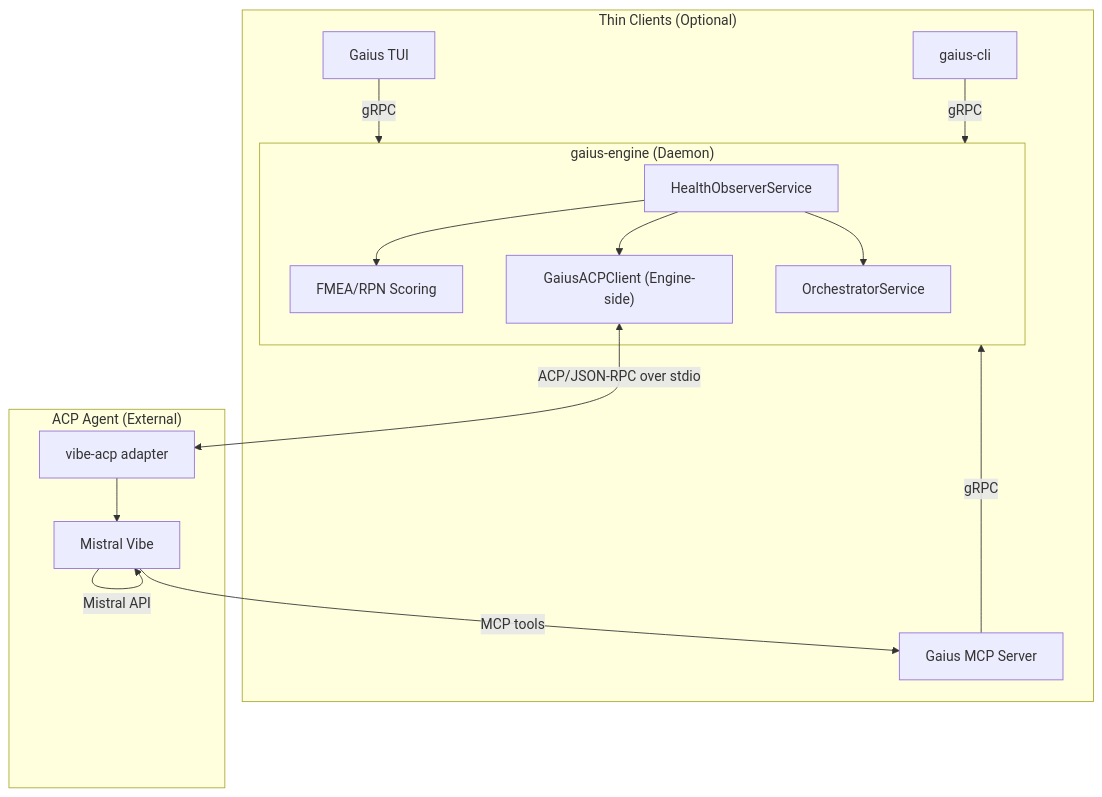
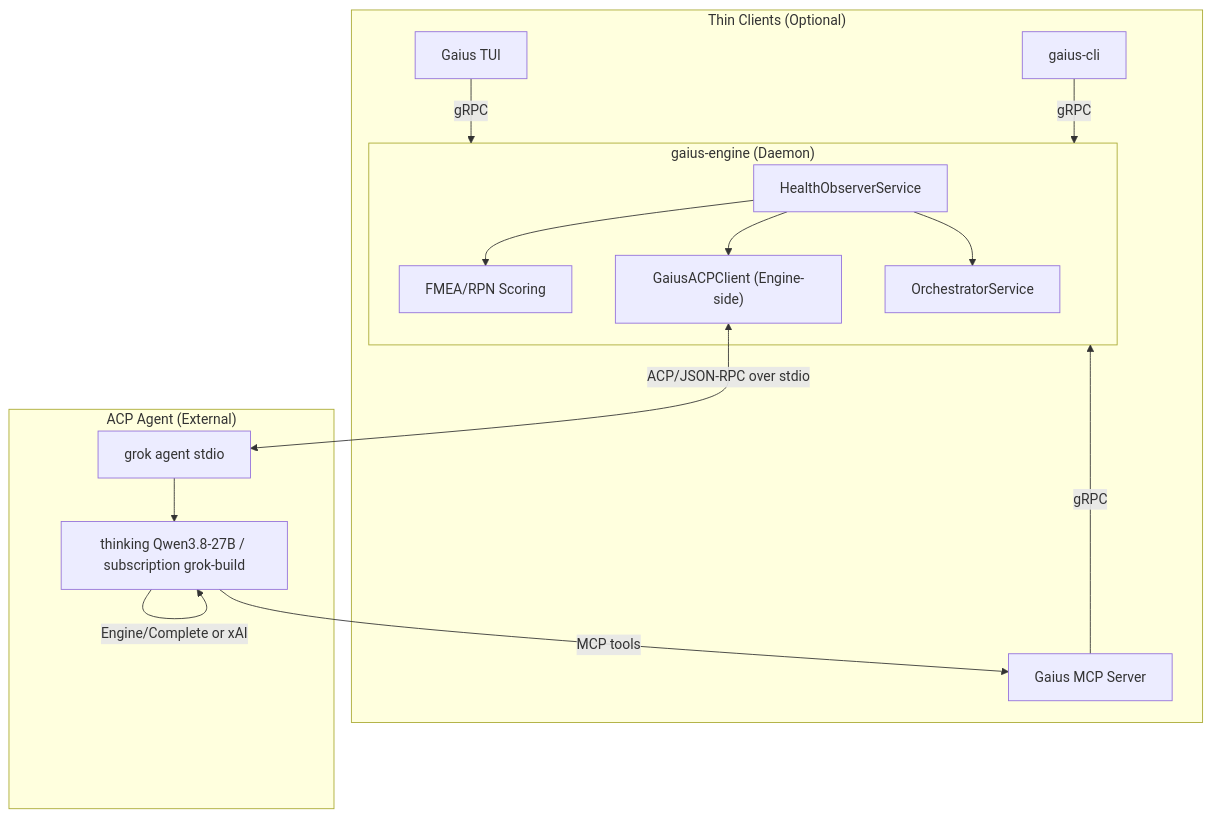
Before and after one commit to zndx/gaius: the first of 2 diagrams in src/gaius/acp/README.md, drawn with Mermaid. The commit also changed other lines of this file and 24 other files, not shown here.

First line of the commit message:
Default ACP to local thinking; allow SKOS broader into SDG.

````diff
--- a/src/gaius/acp/README.md
+++ b/src/gaius/acp/README.md
@@ -24,34 +24,34 @@
 ```mermaid
 flowchart TB
     subgraph Engine["gaius-engine (Daemon)"]
         Observer["HealthObserverService"]
         FMEA["FMEA/RPN Scoring"]
         ACPClient["GaiusACPClient (Engine-side)"]
         Orch["OrchestratorService"]
 
         Observer --> FMEA
         Observer --> ACPClient
         Observer --> Orch
     end
 
     subgraph Clients["Thin Clients (Optional)"]
         MCP["Gaius MCP Server"]
         TUI["Gaius TUI"]
         CLI["gaius-cli"]
 
         MCP -->|gRPC| Engine
         TUI -->|gRPC| Engine
         CLI -->|gRPC| Engine
     end
 
     subgraph Agent["ACP Agent (External)"]
-        Adapter["vibe-acp adapter"]
-        Model["Mistral Vibe"]
+        Adapter["grok agent stdio"]
+        Model["thinking Qwen3.8-27B / subscription grok-build"]
 
         Adapter --> Model
     end
 
     ACPClient <-->|"ACP/JSON-RPC over stdio"| Adapter
-    Model -->|"Mistral API"| Model
+    Model -->|"Engine/Complete or xAI"| Model
     Model -->|"MCP tools"| MCP
 ```
````
